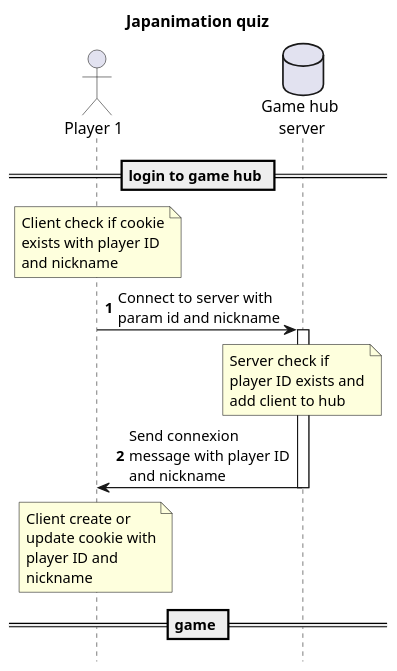
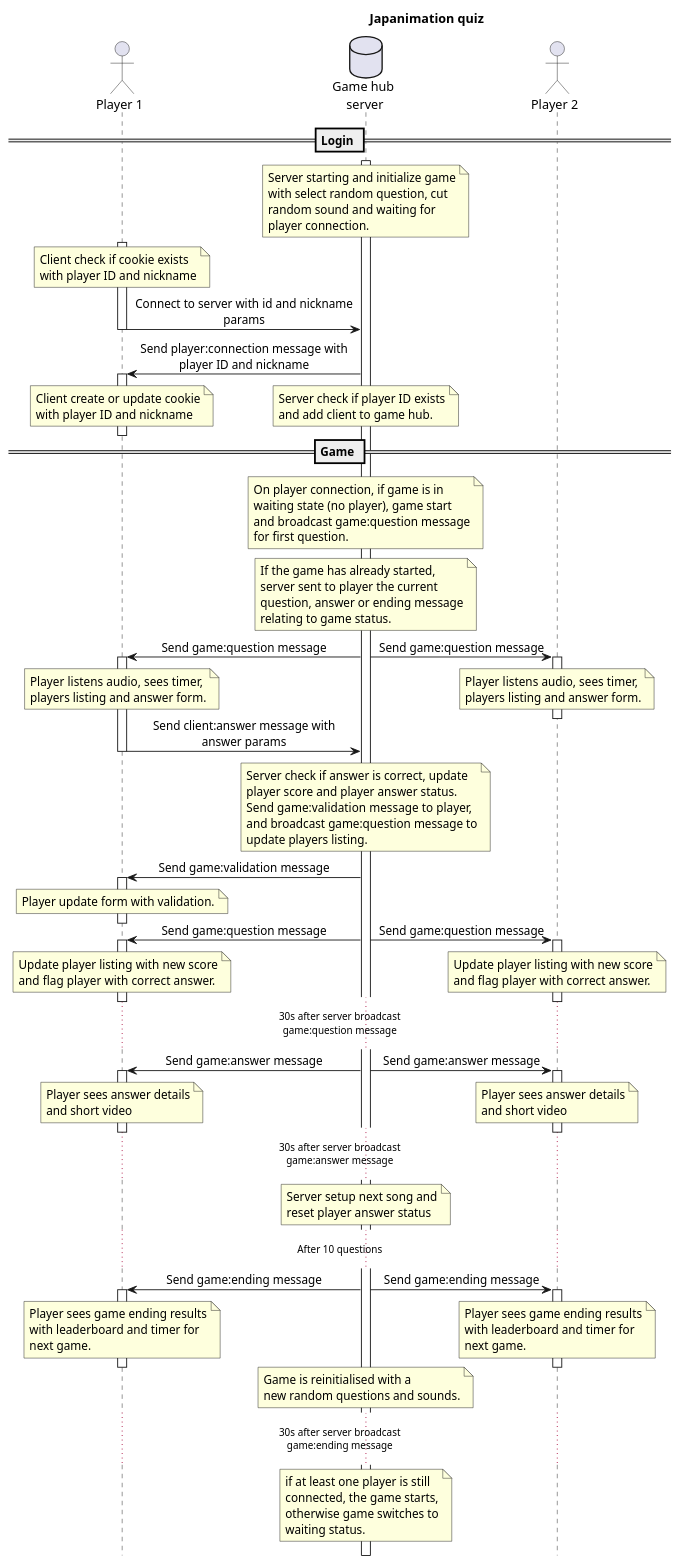
The diagram in client/Game.puml (bersiroth/japanimation-quiz), drawn with PlantUML before and after one commit. The commit also changed 3 other files, not shown here.

Commit message:
update game schema

```diff
--- a/client/Game.puml
+++ b/client/Game.puml
@@ -1,37 +1,164 @@
 @startuml
 'https://plantuml.com/sequence-diagram
-scale 1.25
+scale 1
 hide footbox
-skinparam maxMessageSize 150
+skinparam maxMessageSize 250
+!pragma teoz true
+skinparam sequenceMessageAlign center
 
 title Japanimation quiz
 
 actor "Player 1" as Player
 database "Game hub\n server" as Server
-'actor "Player 2" as Player2
+actor "Player 2" as Player2
 
-== login to game hub ==
-autonumber
+== Login ==
+
+activate Server
+note over Server
+Server starting and initialize game
+with select random question, cut
+random sound and waiting for
+player connection.
+end note
+
+activate Player
 note over Player
-Client check if cookie
-exists with player ID
-and nickname
+Client check if cookie exists
+with player ID and nickname
 end note
-Player -> Server ++: Connect to server with param id and nickname
+Player -> Server: Connect to server with id and nickname params
+deactivate Player
+
+Server -> Player: Send player:connection message with player ID and nickname
+
+activate Player
+note over Player
+Client create or update cookie
+with player ID and nickname
+end note
+/note over Server
+Server check if player ID exists
+and add client to game hub.
+end note
+deactivate Player
+
+== Game ==
+
 note over Server
-Server check if
-player ID exists and
-add client to hub
+On player connection, if game is in
+waiting state (no player), game start
+and broadcast game:question message
+for first question.
 end note
-Server -> Player --: Send connexion message with player ID and nickname
+note over Server
+If the game has already started,
+server sent to player the current
+question, answer or ending message
+relating to game status.
+end note
+Server -> Player: Send game:question message
+& Server -> Player2: Send game:question message
+
+activate Player
+activate Player2
 note over Player
-Client create or
-update cookie with
-player ID and
-nickname
+Player listens audio, sees timer,
+players listing and answer form.
 end note
-== game ==
-autonumber
-'Player -> Server--: Request for a new question
+/note over Player2
+Player listens audio, sees timer,
+players listing and answer form.
+end note
+deactivate Player2
+
+Player -> Server: Send client:answer message with answer params
+deactivate Player
+note over Server
+Server check if answer is correct, update
+player score and player answer status.
+Send game:validation message to player,
+and broadcast game:question message to
+update players listing.
+end note
+
+Server -> Player: Send game:validation message
+activate Player
+note over Player
+Player update form with validation.
+end note
+deactivate Player
+
+Server -> Player: Send game:question message
+& Server -> Player2: Send game:question message
+activate Player
+activate Player2
+note over Player
+Update player listing with new score
+and flag player with correct answer.
+end note
+/note over Player2
+Update player listing with new score
+and flag player with correct answer.
+end note
+deactivate Player2
+deactivate Player
+
+...30s after server broadcast\ngame:question message...
+
+Server -> Player: Send game:answer message
+& Server -> Player2: Send game:answer message
+activate Player
+activate Player2
+note over Player
+Player sees answer details
+and short video
+end note
+/note over Player2
+Player sees answer details
+and short video
+end note
+deactivate Player2
+deactivate Player
+
+...30s after server broadcast\ngame:answer message...
+
+note over Server
+Server setup next song and
+reset player answer status
+end note
+
+...After 10 questions...
+
+Server -> Player: Send game:ending message
+& Server -> Player2: Send game:ending message
+activate Player
+activate Player2
+note over Player
+Player sees game ending results
+with leaderboard and timer for
+next game.
+end note
+/note over Player2
+Player sees game ending results
+with leaderboard and timer for
+next game.
+end note
+deactivate Player2
+deactivate Player
+
+note over Server
+Game is reinitialised with a
+new random questions and sounds.
+end note
+
+...30s after server broadcast\ngame:ending message...
+
+note over Server
+if at least one player is still
+connected, the game starts,
+otherwise game switches to
+waiting status.
+end note
 
 @enduml
```
